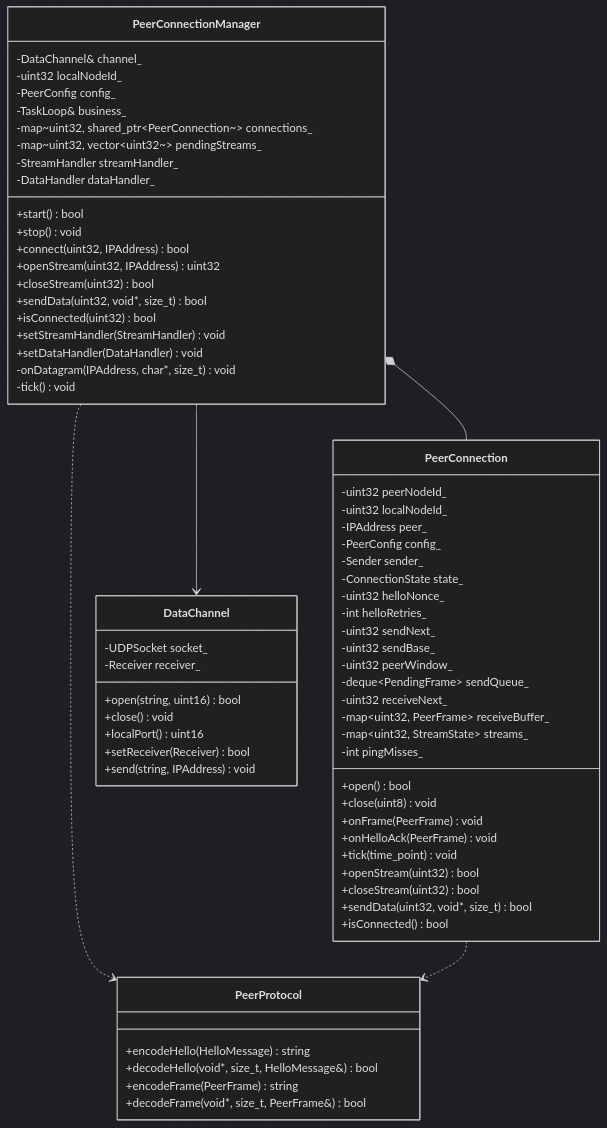
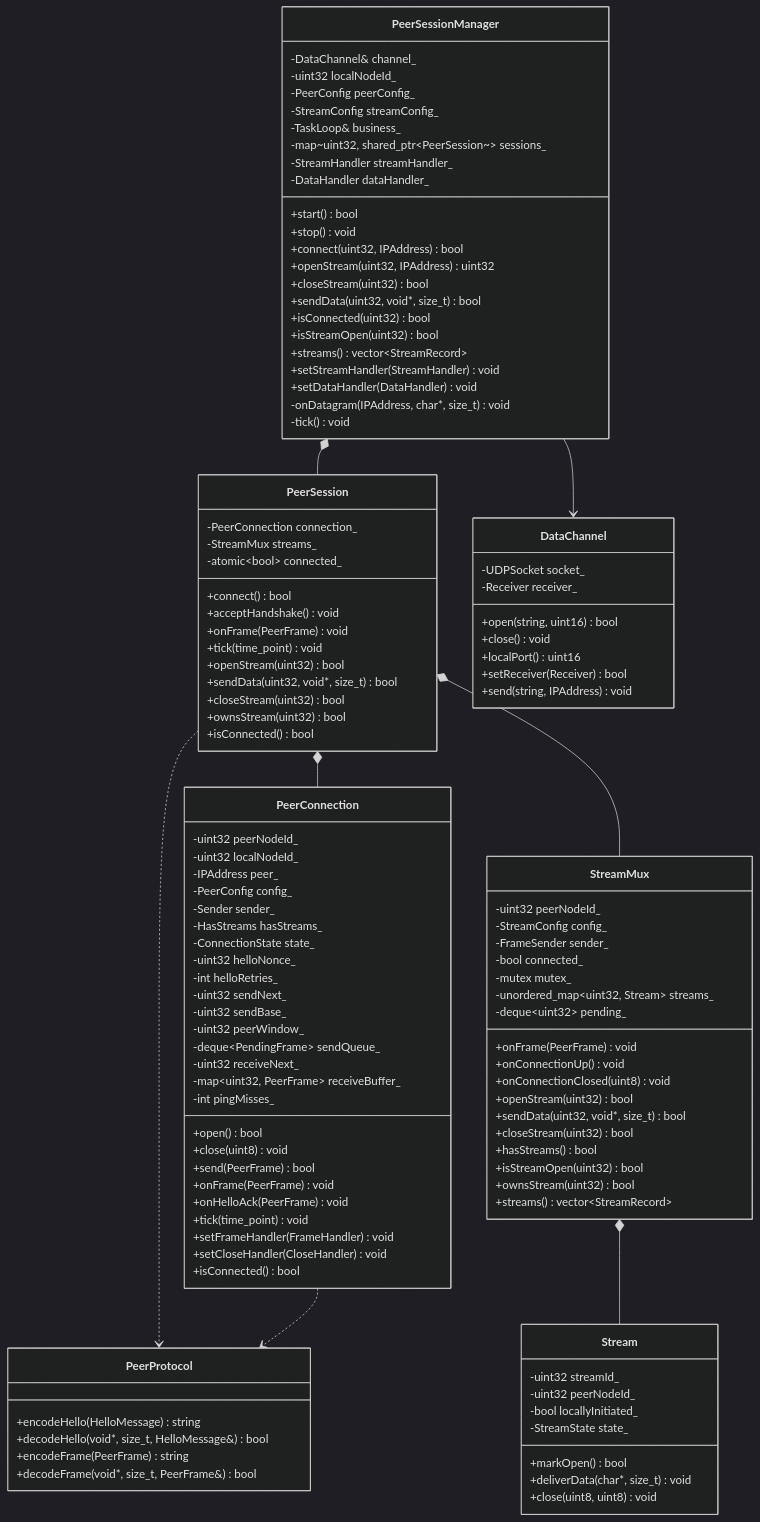
The first of 3 diagrams in docs/peer-protocol.md (GoodBye-cn/NetProxy), drawn with Mermaid (dark theme) before and after one commit. The commit also changed other lines of this file and 3 other files, not shown here.

````diff
--- a/docs/peer-protocol.md
+++ b/docs/peer-protocol.md
@@ -72,6 +93,7 @@
         -IPAddress peer_
         -PeerConfig config_
         -Sender sender_
+        -HasStreams hasStreams_
         -ConnectionState state_
         -uint32 helloNonce_
         -int helloRetries_
@@ -81,26 +103,70 @@
         -deque~PendingFrame~ sendQueue_
         -uint32 receiveNext_
         -map~uint32, PeerFrame~ receiveBuffer_
-        -map~uint32, StreamState~ streams_
         -int pingMisses_
         +open() bool
         +close(uint8) void
+        +send(PeerFrame) bool
         +onFrame(PeerFrame) void
         +onHelloAck(PeerFrame) void
         +tick(time_point) void
-        +openStream(uint32) bool
-        +closeStream(uint32) bool
-        +sendData(uint32, void*, size_t) bool
+        +setFrameHandler(FrameHandler) void
+        +setCloseHandler(CloseHandler) void
         +isConnected() bool
     }
 
-    class PeerConnectionManager {
+    class StreamMux {
+        -uint32 peerNodeId_
+        -StreamConfig config_
+        -FrameSender sender_
+        -bool connected_
+        -mutex mutex_
+        -unordered_map~uint32, Stream~ streams_
+        -deque~uint32~ pending_
+        +onFrame(PeerFrame) void
+        +onConnectionUp() void
+        +onConnectionClosed(uint8) void
+        +openStream(uint32) bool
+        +sendData(uint32, void*, size_t) bool
+        +closeStream(uint32) bool
+        +hasStreams() bool
+        +isStreamOpen(uint32) bool
+        +ownsStream(uint32) bool
+        +streams() vector~StreamRecord~
+    }
+
+    class Stream {
+        -uint32 streamId_
+        -uint32 peerNodeId_
+        -bool locallyInitiated_
+        -StreamState state_
+        +markOpen() bool
+        +deliverData(char*, size_t) void
+        +close(uint8, uint8) void
+    }
+
+    class PeerSession {
+        -PeerConnection connection_
+        -StreamMux streams_
+        -atomic~bool~ connected_
+        +connect() bool
+        +acceptHandshake() void
+        +onFrame(PeerFrame) void
+        +tick(time_point) void
+        +openStream(uint32) bool
+        +sendData(uint32, void*, size_t) bool
+        +closeStream(uint32) bool
+        +ownsStream(uint32) bool
+        +isConnected() bool
+    }
+
+    class PeerSessionManager {
         -DataChannel& channel_
         -uint32 localNodeId_
-        -PeerConfig config_
+        -PeerConfig peerConfig_
+        -StreamConfig streamConfig_
         -TaskLoop& business_
-        -map~uint32, shared_ptr~PeerConnection~~ connections_
-        -map~uint32, vector~uint32~~ pendingStreams_
+        -map~uint32, shared_ptr~PeerSession~~ sessions_
         -StreamHandler streamHandler_
         -DataHandler dataHandler_
         +start() bool
@@ -110,6 +176,8 @@
         +closeStream(uint32) bool
         +sendData(uint32, void*, size_t) bool
         +isConnected(uint32) bool
+        +isStreamOpen(uint32) bool
+        +streams() vector~StreamRecord~
         +setStreamHandler(StreamHandler) void
         +setDataHandler(DataHandler) void
         -onDatagram(IPAddress, char*, size_t) void
@@ -126,8 +194,11 @@
         +send(string, IPAddress) void
     }
 
-    PeerConnectionManager *-- PeerConnection
-    PeerConnectionManager --> DataChannel
-    PeerConnectionManager ..> PeerProtocol
+    PeerSessionManager *-- PeerSession
+    PeerSessionManager --> DataChannel
+    PeerSession *-- PeerConnection
+    PeerSession *-- StreamMux
+    StreamMux *-- Stream
+    PeerSession ..> PeerProtocol
     PeerConnection ..> PeerProtocol
 ```
````
